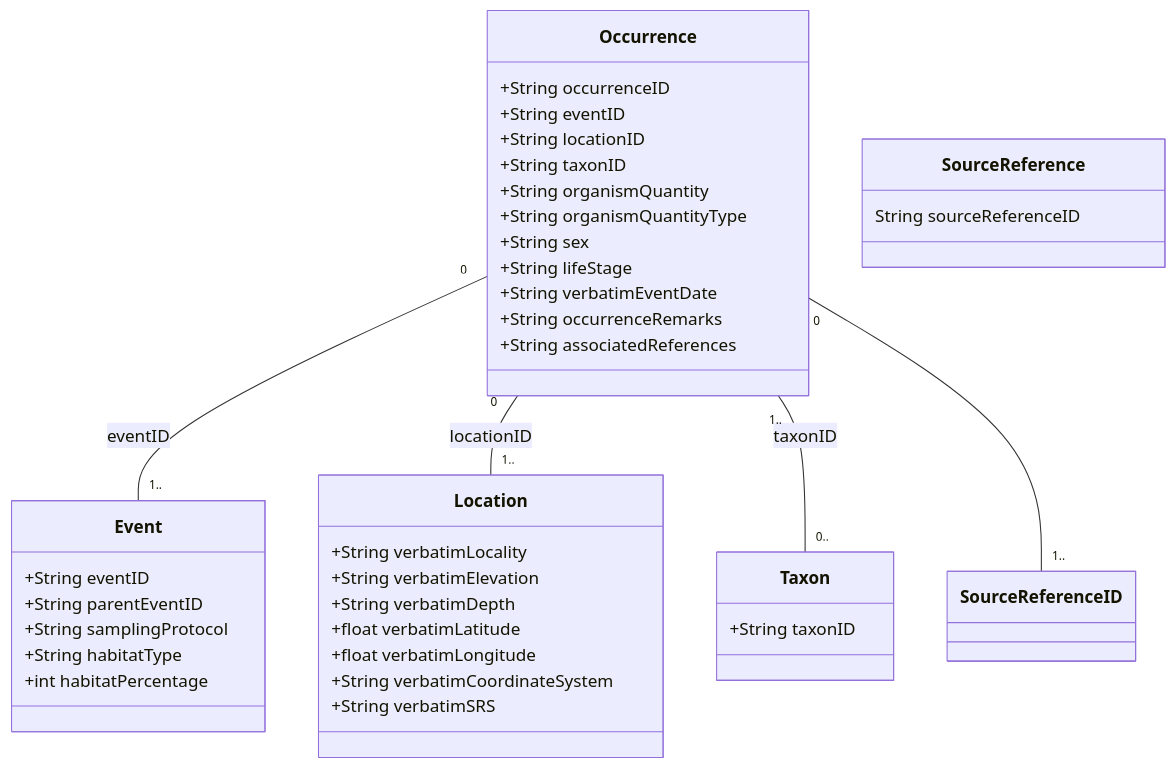
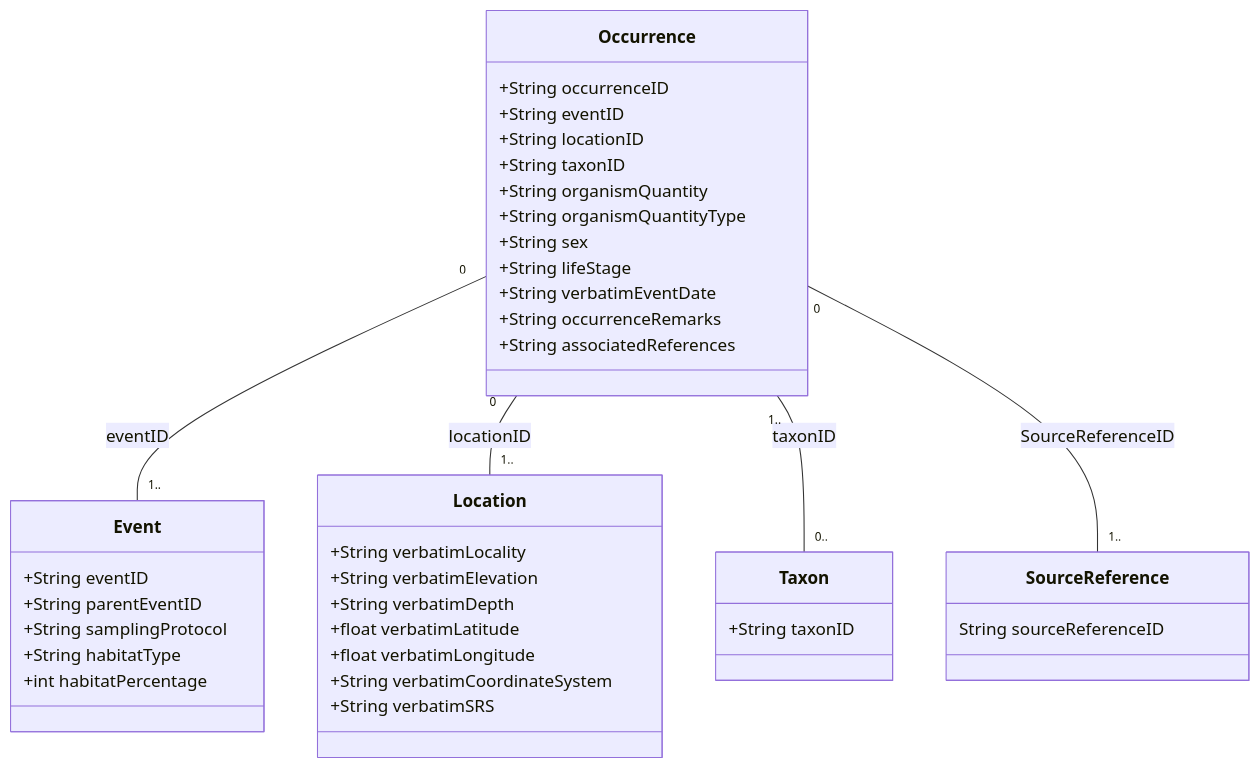
Before and after one commit to karilint/mammalbase: the diagram in documentation/models/models.md, drawn with Mermaid.

Commit message:
Update models-file

````diff
--- a/documentation/models/models.md
+++ b/documentation/models/models.md
@@ -1,43 +1,43 @@
 ```mermaid
 classDiagram
     class Occurrence {
 		+String occurrenceID
 		+String eventID
 		+String locationID
 		+String taxonID
 		+String organismQuantity
 		+String organismQuantityType
 		+String sex
 		+String lifeStage
 		+String verbatimEventDate
 		+String occurrenceRemarks
 		+String associatedReferences
     }
     class Event {
 		+String eventID
 		+String parentEventID
 		+String samplingProtocol
 		+String habitatType
 		+int habitatPercentage
     }
     class Location {
       	+String verbatimLocality
 		+String verbatimElevation
 		+String verbatimDepth
 		+float verbatimLatitude
 		+float verbatimLongitude
 		+String verbatimCoordinateSystem
 		+String verbatimSRS
     }
     class Taxon {
       	+String taxonID
     }
 	class SourceReference {
 		String sourceReferenceID
 	}
 
     Occurrence "0" -- "1.." Event : eventID
     Occurrence "0" -- "1.." Location : locationID
     Occurrence "1.." -- "0.." Taxon : taxonID
-	Occurrence "0" -- "1.." SourceReferenceID
+	Occurrence "0" -- "1.." SourceReference : SourceReferenceID
 ```
````
